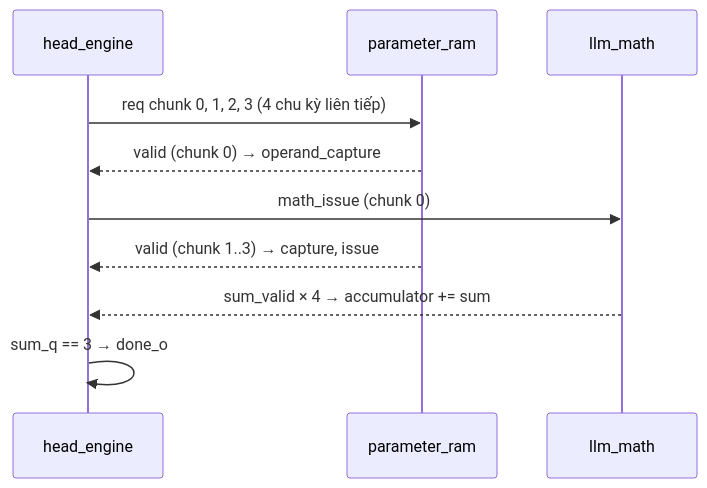
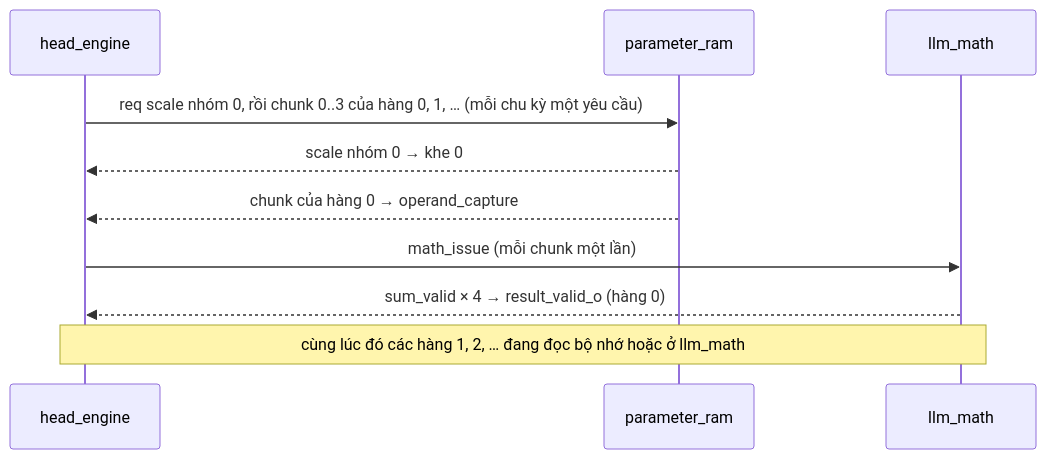
The second of 2 diagrams in Verilog Source code/doc/modules/llm_head_engine.md (nguyennhutkhanhtom/NPU), drawn with Mermaid before and after one commit. The commit also changed other lines of this file and 119 other files, not shown here.

````diff
--- a/Verilog Source code/doc/modules/llm_head_engine.md
+++ b/Verilog Source code/doc/modules/llm_head_engine.md
@@ -62,12 +69,12 @@
 ```mermaid
 sequenceDiagram
     participant H as head_engine
     participant P as parameter_ram
     participant M as llm_math
-    H->>P: req chunk 0, 1, 2, 3 (4 chu kỳ liên tiếp)
-    P-->>H: valid (chunk 0) → operand_capture
-    H->>M: math_issue (chunk 0)
-    P-->>H: valid (chunk 1..3) → capture, issue
-    M-->>H: sum_valid × 4 → accumulator += sum
-    H->>H: sum_q == 3 → done_o
+    H->>P: req scale nhóm 0, rồi chunk 0..3 của hàng 0, 1, … (mỗi chu kỳ một yêu cầu)
+    P-->>H: scale nhóm 0 → khe 0
+    P-->>H: chunk của hàng 0 → operand_capture
+    H->>M: math_issue (mỗi chunk một lần)
+    M-->>H: sum_valid × 4 → result_valid_o (hàng 0)
+    Note over H,M: cùng lúc đó các hàng 1, 2, … đang đọc bộ nhớ hoặc ở llm_math
 ```
````
